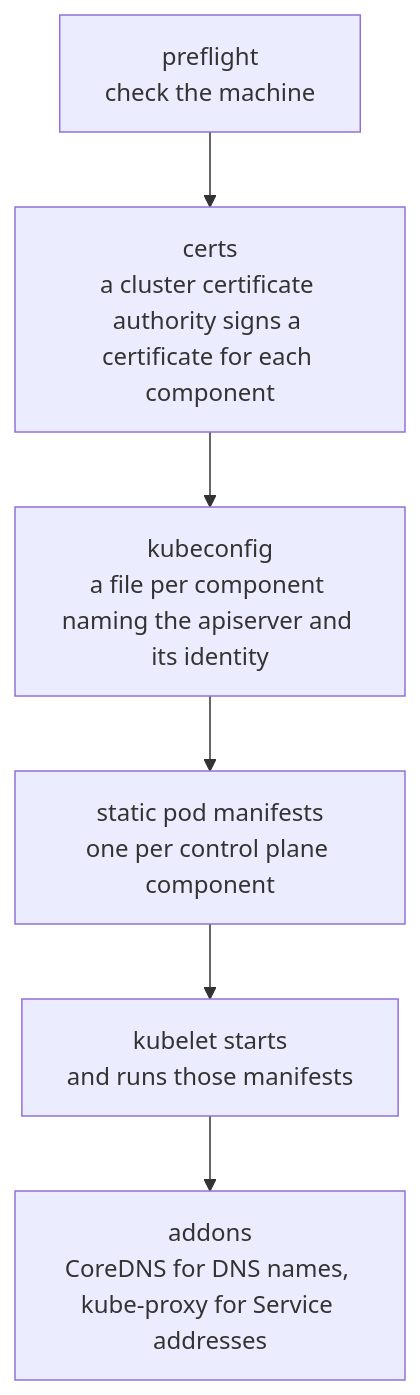
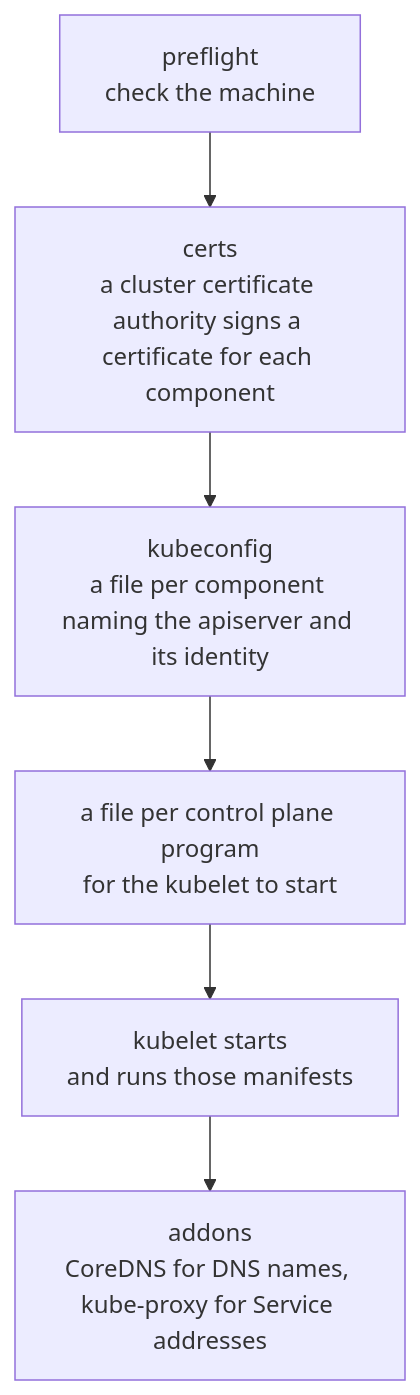
The first of 2 diagrams in learn/kubeadm.md (jclapdev/cka-study), drawn with Mermaid before and after one commit. The commit also changed 13 other files, not shown here.

````diff
--- a/learn/kubeadm.md
+++ b/learn/kubeadm.md
@@ -9,8 +9,8 @@
 ```mermaid
 flowchart TD
   P[preflight<br/>check the machine] --> C[certs<br/>a cluster certificate authority signs a certificate for each component]
   C --> K[kubeconfig<br/>a file per component naming the apiserver and its identity]
-  K --> M[static pod manifests<br/>one per control plane component]
+  K --> M[a file per control plane program<br/>for the kubelet to start]
   M --> L[kubelet starts<br/>and runs those manifests]
   L --> A[addons<br/>CoreDNS for DNS names, kube-proxy for Service addresses]
 ```
````
